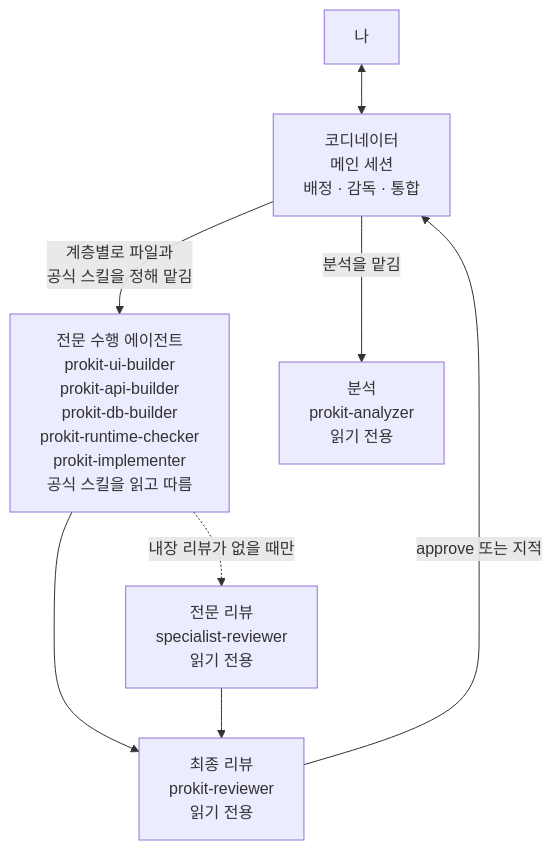
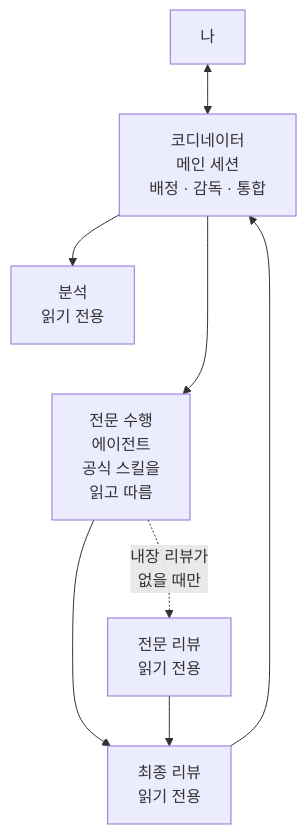
One commit to roadkwon-ai/pro-kit changed the diagram in handbook/concepts/agent-roles.md. Above: the diagram before and after it, drawn with Mermaid. The commit also changed other lines of this file and 26 other files, not shown here.

````diff
--- a/handbook/concepts/agent-roles.md
+++ b/handbook/concepts/agent-roles.md
@@ -12,15 +12,16 @@
 ```mermaid
 ---
 config:
   flowchart:
-    wrappingWidth: 220
+    wrappingWidth: 130
 ---
 flowchart TB
   ME["나"] <--> CO["코디네이터<br/>메인 세션<br/>배정 · 감독 · 통합"]
-  CO -->|"계층별로 파일과<br/>공식 스킬을 정해 맡김"| IM["전문 수행 에이전트<br/>prokit-ui-builder<br/>prokit-api-builder<br/>prokit-db-builder<br/>prokit-runtime-checker<br/>prokit-implementer<br/>공식 스킬을 읽고 따름"]
-  CO -->|"분석을 맡김"| AN["분석<br/>prokit-analyzer<br/>읽기 전용"]
-  IM -.->|"내장 리뷰가 없을 때만"| SR["전문 리뷰<br/>specialist-reviewer<br/>읽기 전용"]
-  IM --> FR["최종 리뷰<br/>prokit-reviewer<br/>읽기 전용"]
+  CO --> AN["분석<br/>읽기 전용"]
+  AN ~~~ IM
+  CO --> IM["전문 수행<br/>에이전트<br/>공식 스킬을<br/>읽고 따름"]
+  IM --> FR["최종 리뷰<br/>읽기 전용"]
+  IM -.->|"내장 리뷰가<br/>없을 때만"| SR["전문 리뷰<br/>읽기 전용"]
   SR --> FR
-  FR -->|"approve 또는 지적"| CO
+  FR --> CO
 ```
````
